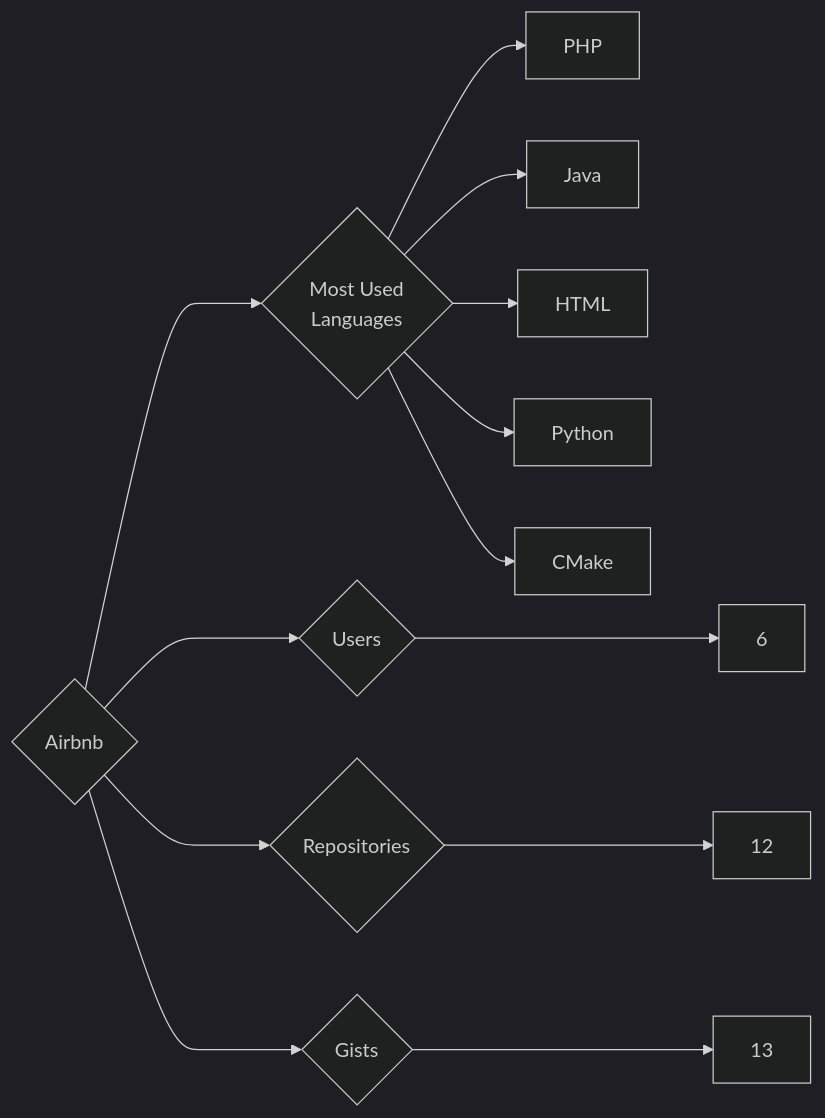
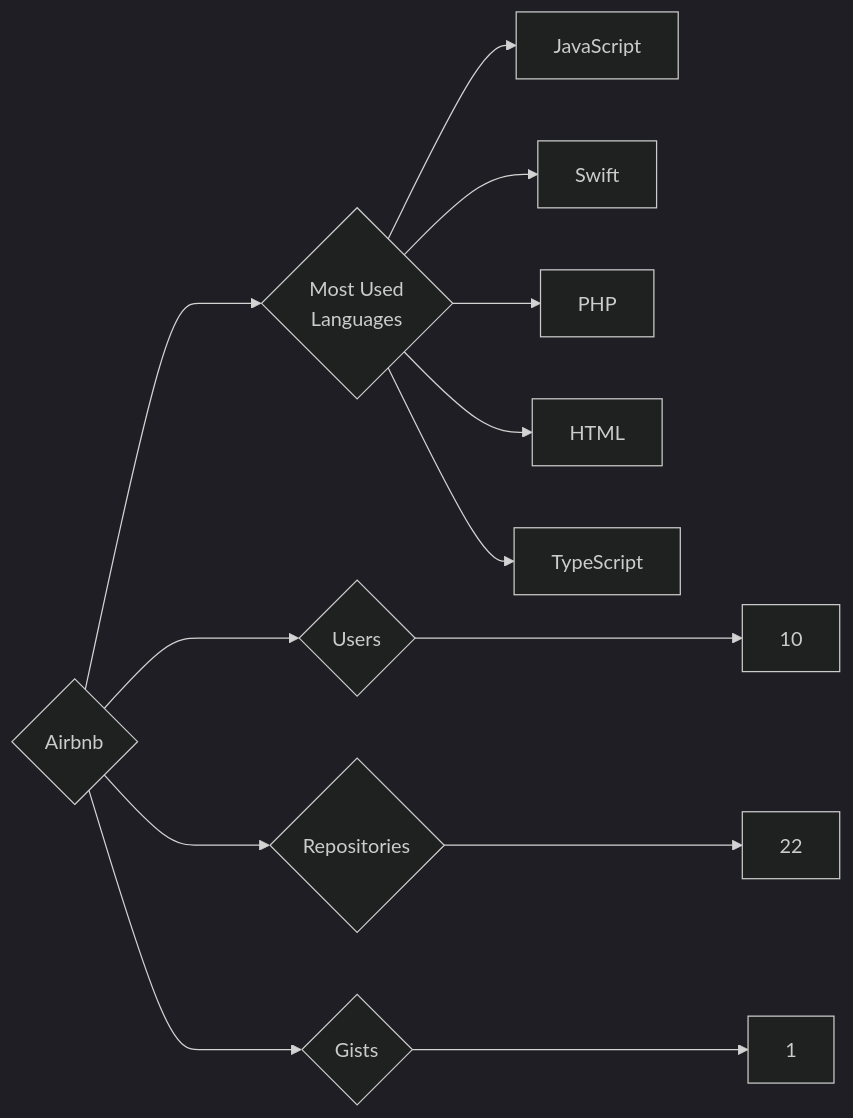
One commit to trickest/insiders changed the diagram in targets/Airbnb/README.md. Above: the diagram before and after it, drawn with Mermaid (dark theme). The commit also changed 859 other files, not shown here.

````diff
--- a/targets/Airbnb/README.md
+++ b/targets/Airbnb/README.md
@@ -3,13 +3,13 @@
 ```mermaid
 graph LR
 COMPANY_NAME{Airbnb}
-COMPANY_NAME ---> U{Users} ---> UN[6]
-COMPANY_NAME ---> R{Repositories} ---> RN[12]
-COMPANY_NAME ---> G{Gists} ---> GN[13]
+COMPANY_NAME ---> U{Users} ---> UN[10]
+COMPANY_NAME ---> R{Repositories} ---> RN[22]
+COMPANY_NAME ---> G{Gists} ---> GN[1]
 COMPANY_NAME ---> ML{Most Used<br>Languages}
+ML --> JavaScript[JavaScript]
+ML --> Swift[Swift]
 ML --> PHP[PHP]
-ML --> Java[Java]
 ML --> HTML[HTML]
-ML --> Python[Python]
-ML --> CMake[CMake]
+ML --> TypeScript[TypeScript]
 ```
````
